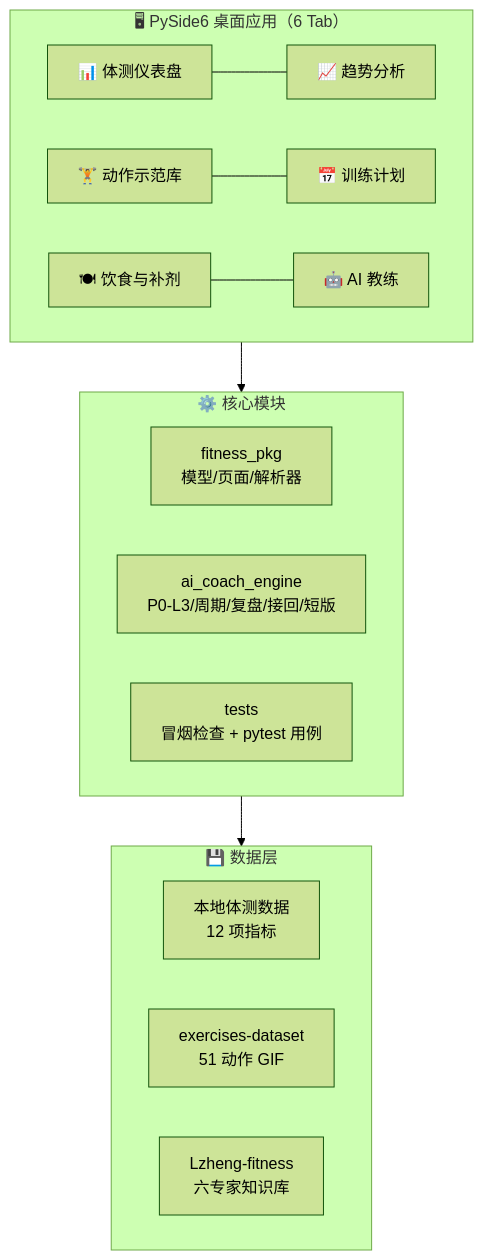
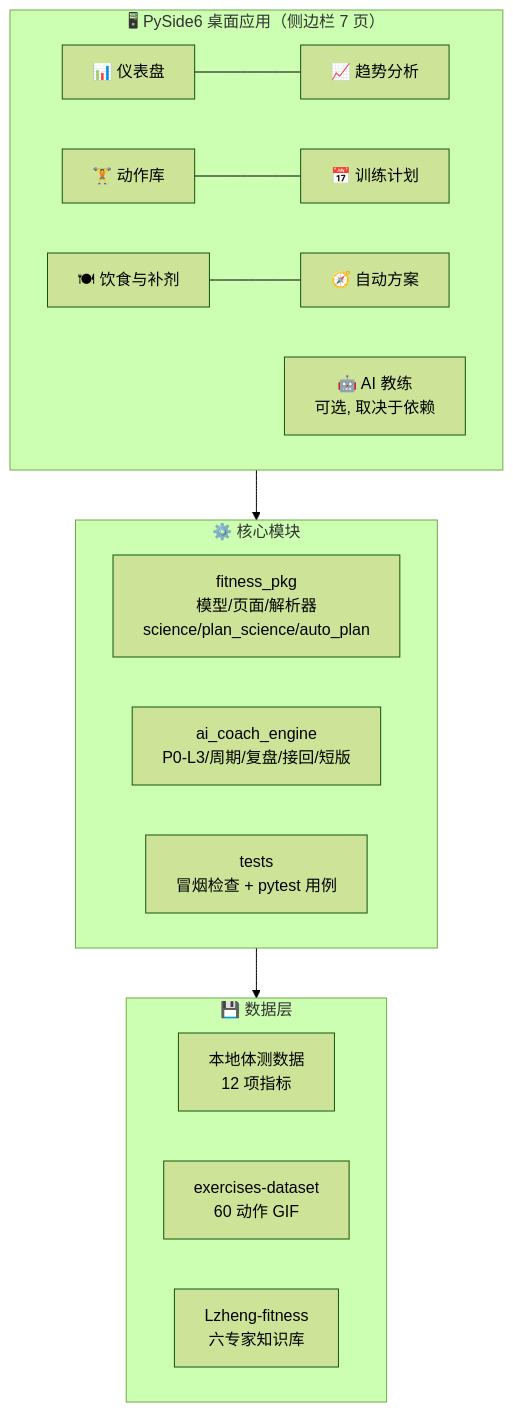
Before and after one commit to shengjidaguai-china/fitness-tracker: the second of 2 diagrams in README.md, drawn with Mermaid (forest theme). The commit also changed other lines of this file, not shown here.

First line of the commit message:
docs(readme): README 与代码对齐 — 自动方案、测试口径、打包与下载指引

````diff
--- a/README.md
+++ b/README.md
@@ -271,19 +308,20 @@
 ```mermaid
 flowchart TB
-    subgraph GUI["🖥 PySide6 桌面应用（6 Tab）"]
-        A1[📊 体测仪表盘] --- A2[📈 趋势分析]
-        A3[🏋️ 动作示范库] --- A4[📅 训练计划]
-        A5[🍽 饮食与补剂] --- A6[🤖 AI 教练]
+    subgraph GUI["🖥 PySide6 桌面应用（侧边栏 7 页）"]
+        A1[📊 仪表盘] --- A2[📈 趋势分析]
+        A3[🏋️ 动作库] --- A4[📅 训练计划]
+        A5[🍽 饮食与补剂] --- A6[🧭 自动方案]
+        A7[🤖 AI 教练<br>可选, 取决于依赖]
     end
     subgraph Core["⚙️ 核心模块"]
-        B1[fitness_pkg<br>模型/页面/解析器]
+        B1["fitness_pkg<br>模型/页面/解析器<br>science/plan_science/auto_plan"]
         B2[ai_coach_engine<br>P0-L3/周期/复盘/接回/短版]
         B3[tests<br>冒烟检查 + pytest 用例]
     end
     subgraph Data["💾 数据层"]
         C1[本地体测数据<br>12 项指标]
-        C2[exercises-dataset<br>51 动作 GIF]
+        C2[exercises-dataset<br>60 动作 GIF]
         C3[Lzheng-fitness<br>六专家知识库]
     end
     GUI --> Core --> Data
- ```
+```
````
